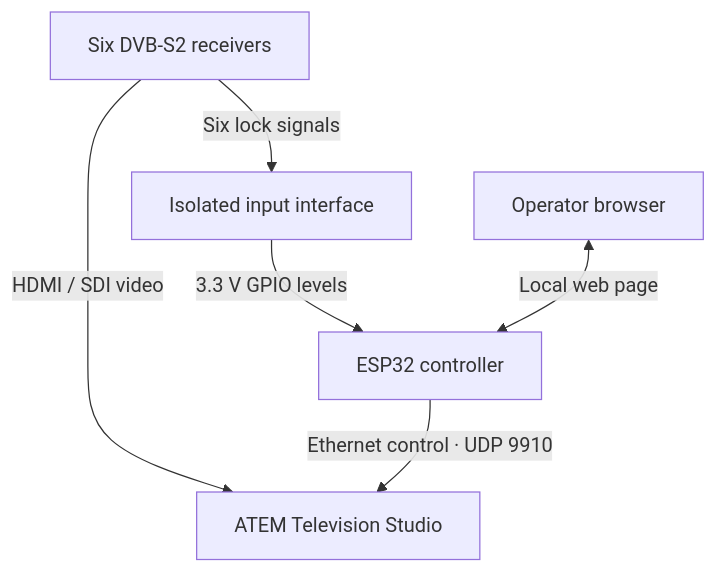
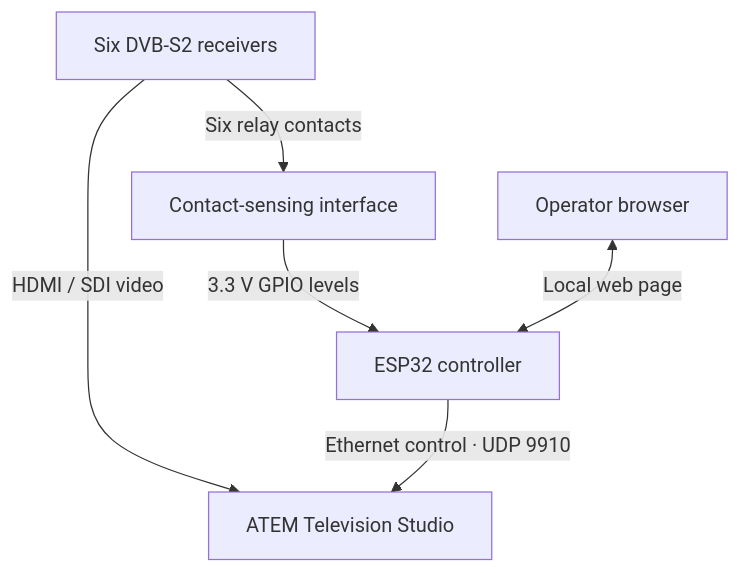
One commit to mathisono/DATV_io_AtemStudio_controler changed the diagram in README.md. Above: the diagram before and after it, drawn with Mermaid. The commit also changed other lines of this file and 4 other files, not shown here.

````diff
--- a/README.md
+++ b/README.md
@@ -13,8 +18,8 @@
 ```mermaid
 flowchart TD
     RX["Six DVB-S2 receivers"] -->|"HDMI / SDI video"| ATEM["ATEM Television Studio"]
-    RX -->|"Six lock signals"| DI["Isolated input interface"]
+    RX -->|"Six relay contacts"| DI["Contact-sensing interface"]
     DI -->|"3.3 V GPIO levels"| MCU["ESP32 controller"]
     WEB["Operator browser"] <-->|"Local web page"| MCU
     MCU -->|"Ethernet control · UDP 9910"| ATEM
 ```
````
